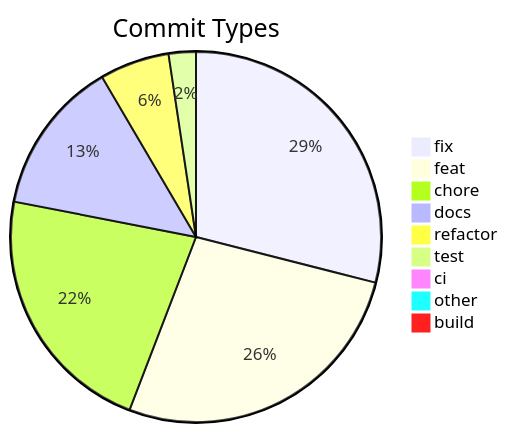
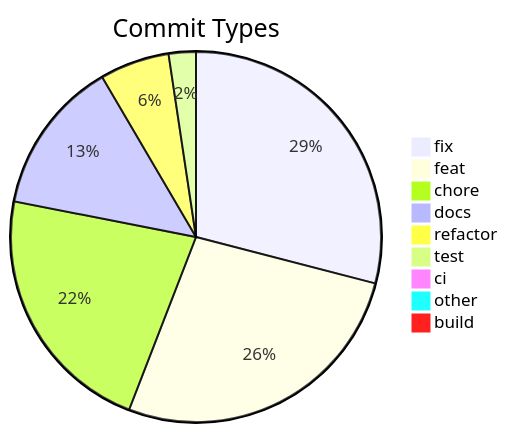
One commit to svenroth-ai/shipwright changed the diagram in .shipwright/compliance/change-history.md. Above: the diagram before and after it, drawn with Mermaid. The commit also changed other lines of this file and 14 other files, not shown here.

First line of the commit message:
docs(planning): phased diff/patch-coverage roadmap (trg-8fdebda3) (#305)

````diff
--- a/.shipwright/compliance/change-history.md
+++ b/.shipwright/compliance/change-history.md
@@ -8,12 +8,12 @@
 ```mermaid
 pie title Commit Types
-    "fix" : 305
+    "fix" : 306
     "feat" : 283
     "chore" : 234
     "docs" : 142
     "refactor" : 64
     "test" : 25
     "ci" : 8
     "other" : 7
     "build" : 1
 ```
````
